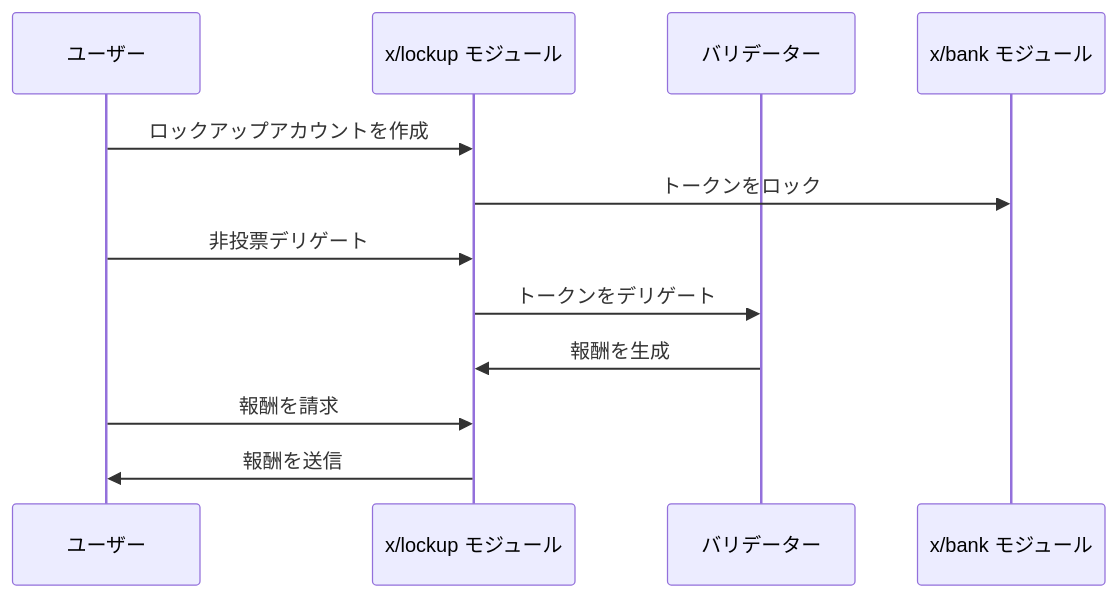
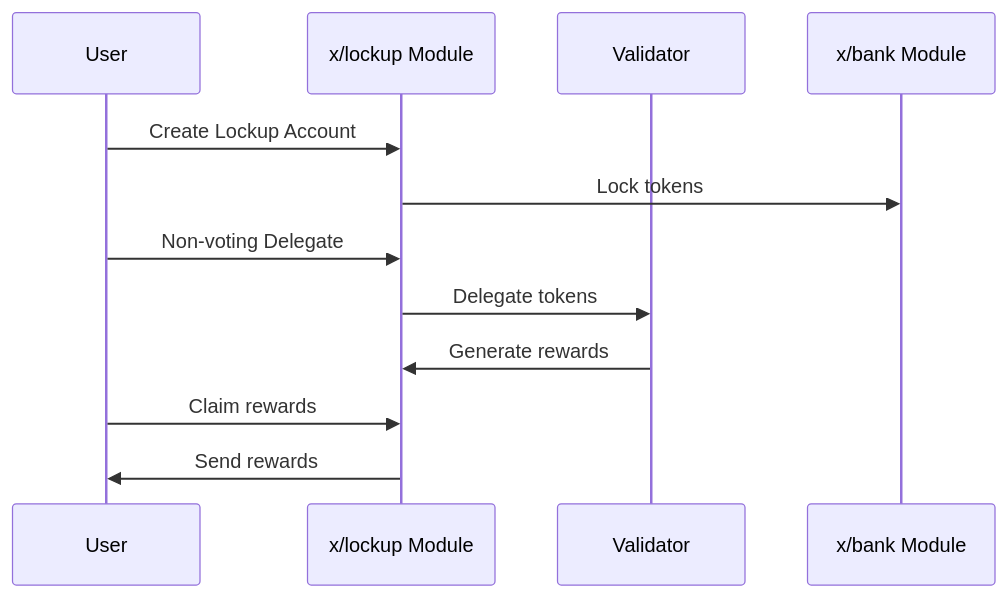
One commit to sunriselayer/gitbook changed the diagram in ja/learn/sunrise/lockup.md. Above: the diagram before and after it, drawn with Mermaid. The commit also changed 19 other files, not shown here.

````diff
--- a/ja/learn/sunrise/lockup.md
+++ b/ja/learn/sunrise/lockup.md
@@ -72,15 +72,15 @@
 ```mermaid
 sequenceDiagram
-    participant User as ユーザー
-    participant LockupModule as x/lockup モジュール
-    participant Validator as バリデーター
-    participant Bank as x/bank モジュール
+    participant User as User
+    participant LockupModule as x/lockup Module
+    participant Validator as Validator
+    participant Bank as x/bank Module
 
-    User->>LockupModule: ロックアップアカウントを作成
-    LockupModule->>Bank: トークンをロック
-    User->>LockupModule: 非投票デリゲート
-    LockupModule->>Validator: トークンをデリゲート
-    Validator->>LockupModule: 報酬を生成
-    User->>LockupModule: 報酬を請求
-    LockupModule->>User: 報酬を送信
+    User->>LockupModule: Create Lockup Account
+    LockupModule->>Bank: Lock tokens
+    User->>LockupModule: Non-voting Delegate
+    LockupModule->>Validator: Delegate tokens
+    Validator->>LockupModule: Generate rewards
+    User->>LockupModule: Claim rewards
+    LockupModule->>User: Send rewards
 ```
````
